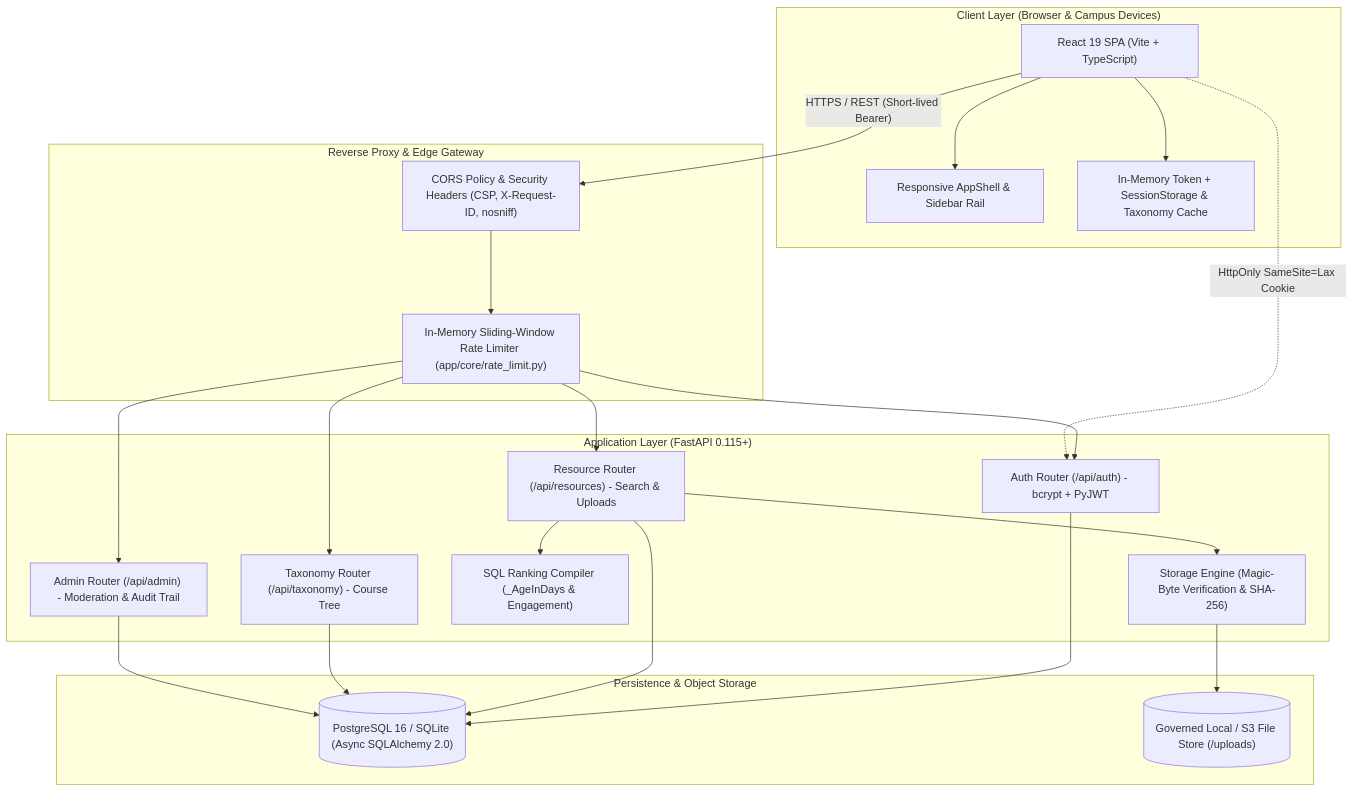
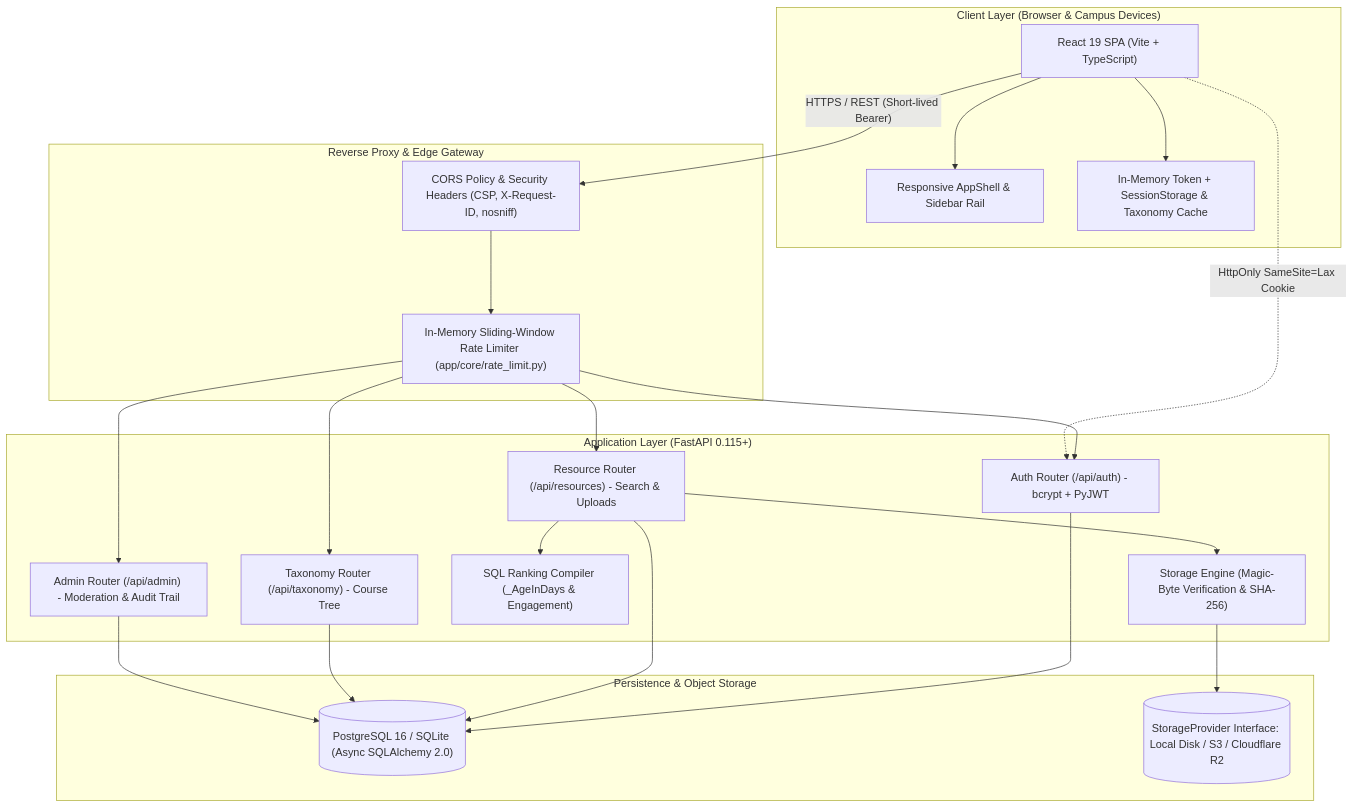
Before and after one commit to navya27-0/StudyShare: the first of 2 diagrams in README.md, drawn with Mermaid. The commit also changed other lines of this file and 14 other files, not shown here.

Commit message:
feat: complete 10/10 milestone with visual screenshots, 58 tests, s3 storage provider, structured logging, and render cloud blueprint

````diff
--- a/README.md
+++ b/README.md
@@ -34,46 +70,46 @@
 ```mermaid
 flowchart TD
     subgraph Client ["Client Layer (Browser & Campus Devices)"]
         SPA["React 19 SPA (Vite + TypeScript)"]
         AppShell["Responsive AppShell & Sidebar Rail"]
         StorageEngine["In-Memory Token + SessionStorage & Taxonomy Cache"]
         SPA --> AppShell
         SPA --> StorageEngine
     end
 
     subgraph Gateway ["Reverse Proxy & Edge Gateway"]
         CORS["CORS Policy & Security Headers (CSP, X-Request-ID, nosniff)"]
         RateLimiter["In-Memory Sliding-Window Rate Limiter (app/core/rate_limit.py)"]
         CORS --> RateLimiter
     end
 
     subgraph Backend ["Application Layer (FastAPI 0.115+)"]
         AuthRouter["Auth Router (/api/auth) - bcrypt + PyJWT"]
         ResourceRouter["Resource Router (/api/resources) - Search & Uploads"]
         TaxonomyRouter["Taxonomy Router (/api/taxonomy) - Course Tree"]
         AdminRouter["Admin Router (/api/admin) - Moderation & Audit Trail"]
         RankingCompiler["SQL Ranking Compiler (_AgeInDays & Engagement)"]
         FileValidator["Storage Engine (Magic-Byte Verification & SHA-256)"]
 
         RateLimiter --> AuthRouter
         RateLimiter --> ResourceRouter
         RateLimiter --> TaxonomyRouter
         RateLimiter --> AdminRouter
 
         ResourceRouter --> RankingCompiler
         ResourceRouter --> FileValidator
     end
 
     subgraph Data ["Persistence & Object Storage"]
         DB[("PostgreSQL 16 / SQLite (Async SQLAlchemy 2.0)")]
-        DiskStorage[("Governed Local / S3 File Store (/uploads)")]
+        DiskStorage[("StorageProvider Interface: Local Disk / S3 / Cloudflare R2")]
     end
 
     SPA -->|"HTTPS / REST (Short-lived Bearer)"| CORS
     SPA -.->|"HttpOnly SameSite=Lax Cookie"| AuthRouter
     AuthRouter --> DB
     ResourceRouter --> DB
     TaxonomyRouter --> DB
     AdminRouter --> DB
     FileValidator --> DiskStorage
 ```
````
